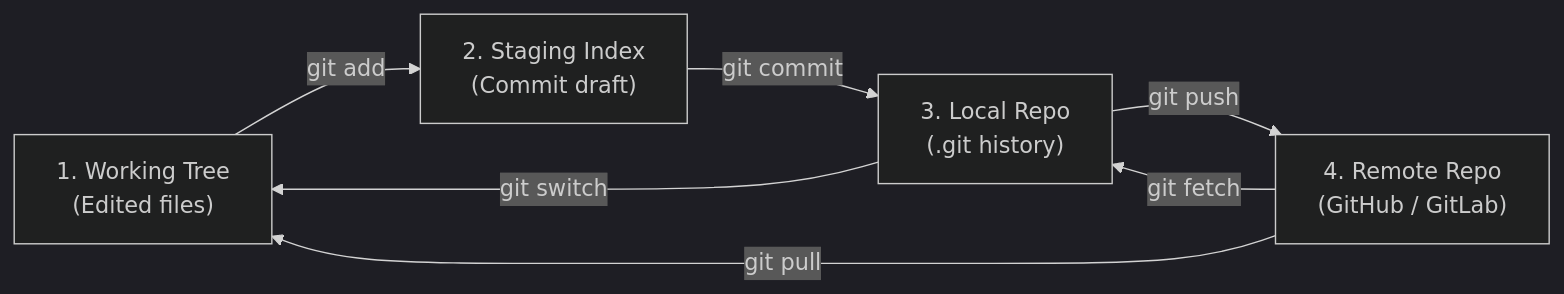
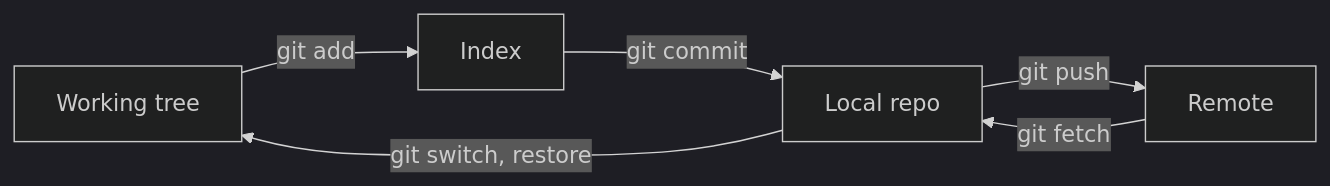
The first of 3 diagrams in posters/software/practices/git.md (markbac/posters), drawn with Mermaid (dark theme) before and after one commit. The commit also changed other lines of this file and 57 other files, not shown here.

````diff
--- a/posters/software/practices/git.md
+++ b/posters/software/practices/git.md
@@ -42,9 +39,8 @@
 ```mermaid
 flowchart LR
-  W["1. Working Tree\n(Edited files)"] -- "git add" --> I["2. Staging Index\n(Commit draft)"]
-  I -- "git commit" --> L["3. Local Repo\n(.git history)"]
-  L -- "git push" --> R["4. Remote Repo\n(GitHub / GitLab)"]
+  W["Working tree"] -- "git add" --> I["Index"]
+  I -- "git commit" --> L["Local repo"]
+  L -- "git push" --> R["Remote"]
   R -- "git fetch" --> L
-  R -- "git pull" --> W
-  L -- "git switch" --> W
+  L -- "git switch, restore" --> W
 ```
````
